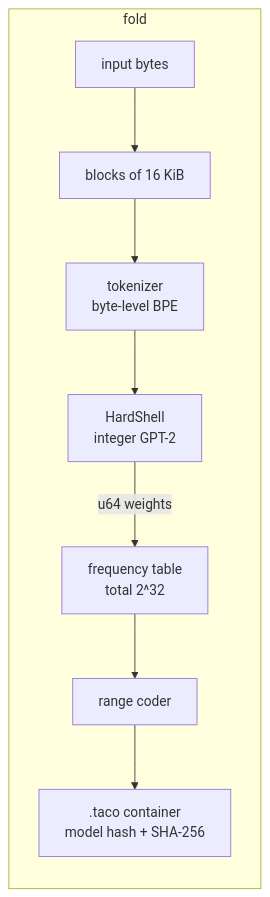
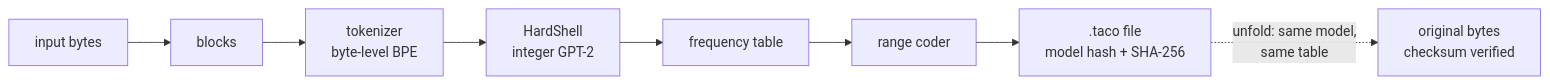
One commit to tac0mania/taco changed the diagram in README.md. Above: the diagram before and after it, drawn with Mermaid. The commit also changed other lines of this file and 8 other files, not shown here.

````diff
--- a/README.md
+++ b/README.md
@@ -272,11 +240,10 @@
 ```mermaid
 flowchart LR
-  subgraph fold
-    A[input bytes] --> B[blocks of 16 KiB]
-    B --> C[tokenizer<br/>byte-level BPE]
-    C --> D[HardShell<br/>integer GPT-2]
-    D -->|u64 weights| E[frequency table<br/>total 2^32]
-    E --> F[range coder]
-    F --> G[.taco container<br/>model hash + SHA-256]
-  end
+  A[input bytes] --> B[blocks]
+  B --> C[tokenizer<br/>byte-level BPE]
+  C --> D[HardShell<br/>integer GPT-2]
+  D --> E[frequency table]
+  E --> F[range coder]
+  F --> G[.taco file<br/>model hash + SHA-256]
+  G -. unfold: same model,<br/>same table .-> H[original bytes<br/>checksum verified]
 ```
````
